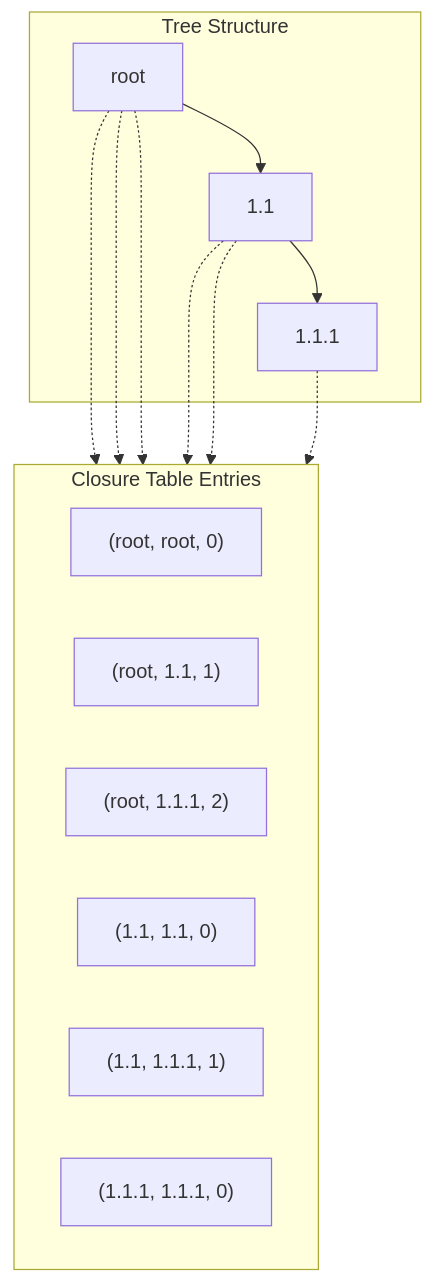
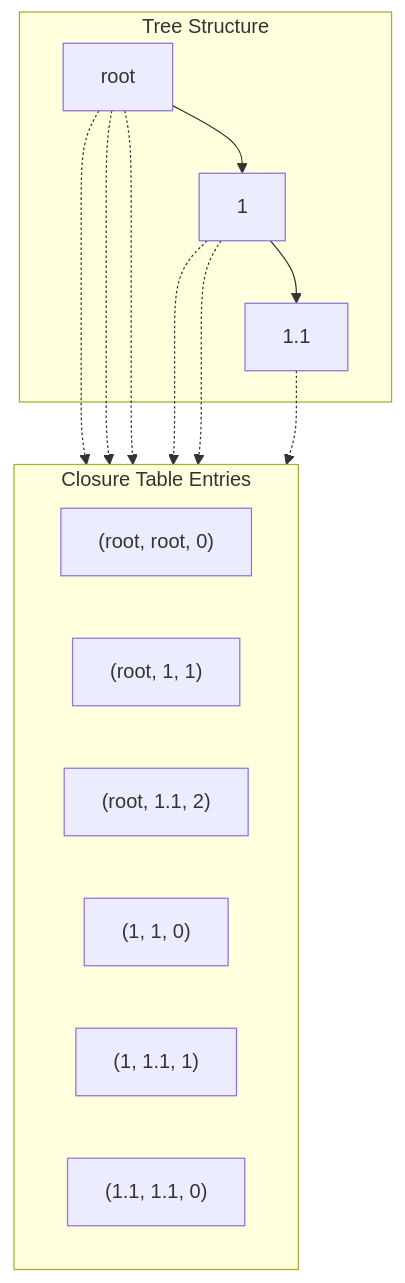
Before and after one commit to Mharbulous/StoryTree: the second of 4 diagrams in claude/skills/story-tree/references/workflow-database-architecture.md, drawn with Mermaid. The commit also changed other lines of this file, not shown here.

First line of the commit message:
docs: reconcile workflow-database-architecture.md with actual schema

````diff
--- a/claude/skills/story-tree/references/workflow-database-architecture.md
+++ b/claude/skills/story-tree/references/workflow-database-architecture.md
@@ -68,24 +85,24 @@
 ```mermaid
 flowchart TD
     subgraph Tree Structure
-        ROOT[root] --> N1[1.1]
-        N1 --> N2[1.1.1]
+        ROOT[root] --> N1[1]
+        N1 --> N2[1.1]
     end
 
     subgraph Closure Table Entries
         direction LR
         P1["(root, root, 0)"]
-        P2["(root, 1.1, 1)"]
-        P3["(root, 1.1.1, 2)"]
-        P4["(1.1, 1.1, 0)"]
-        P5["(1.1, 1.1.1, 1)"]
-        P6["(1.1.1, 1.1.1, 0)"]
+        P2["(root, 1, 1)"]
+        P3["(root, 1.1, 2)"]
+        P4["(1, 1, 0)"]
+        P5["(1, 1.1, 1)"]
+        P6["(1.1, 1.1, 0)"]
     end
 
     ROOT -.-> P1
     ROOT -.-> P2
     ROOT -.-> P3
     N1 -.-> P4
     N1 -.-> P5
     N2 -.-> P6
 ```
````
